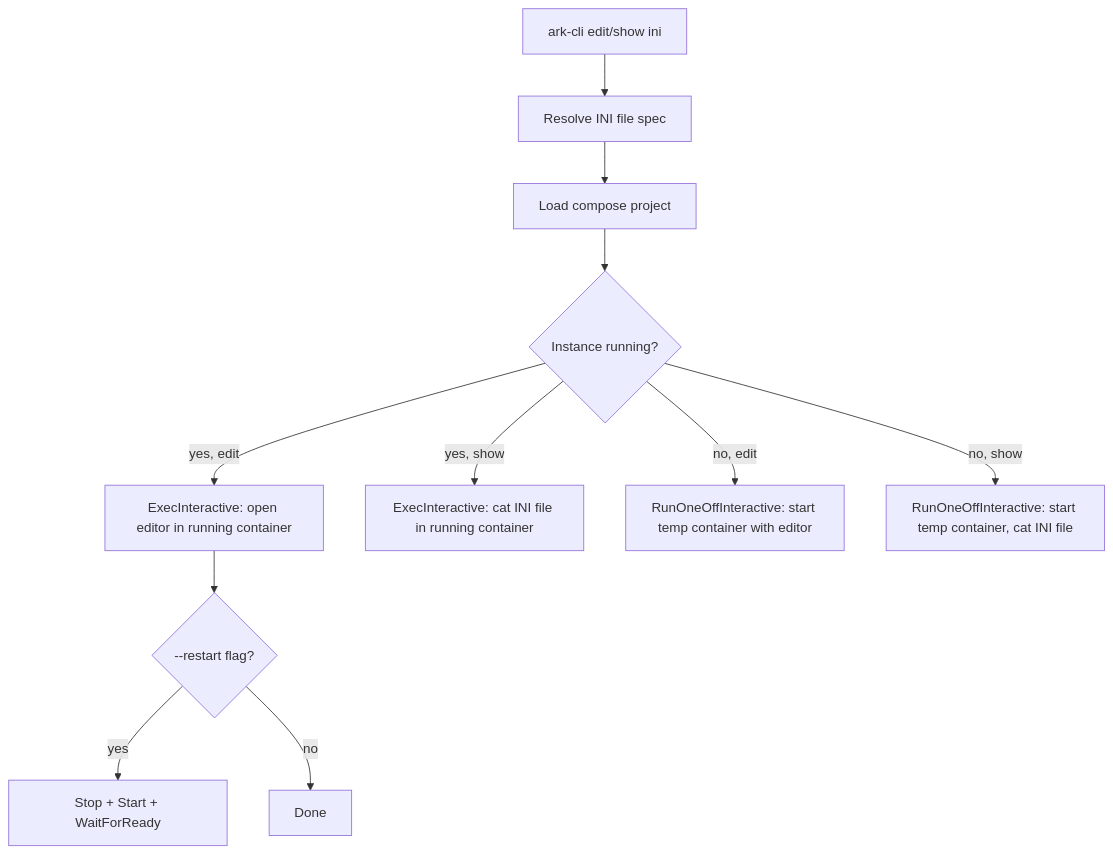
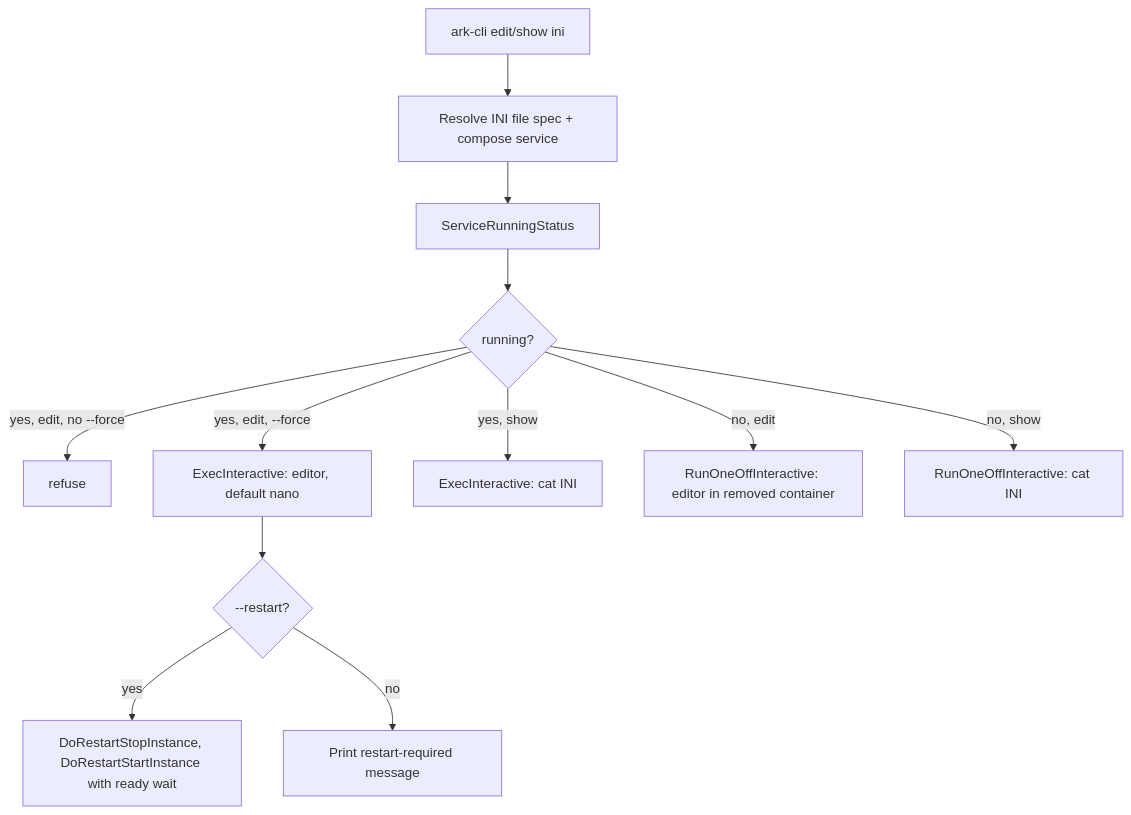
Before and after one commit to bryanwieg/arkascended-server: diagram 11 of 12 in docs/dev/reference/runtime-call-graph.md, drawn with Mermaid. The commit also changed other lines of this file and 38 other files, not shown here.

````diff
--- a/docs/dev/reference/runtime-call-graph.md
+++ b/docs/dev/reference/runtime-call-graph.md
@@ -285,15 +300,16 @@
 ```mermaid
 flowchart TD
-    A[ark-cli edit/show ini] --> B[Resolve INI file spec]
-    B --> C[Load compose project]
-    C --> D{Instance running?}
+    A[ark-cli edit/show ini] --> B[Resolve INI file spec + compose service]
+    B --> C[ServiceRunningStatus]
+    C --> D{running?}
 
-    D -- yes, edit --> E[ExecInteractive: open editor in running container]
-    D -- yes, show --> F[ExecInteractive: cat INI file in running container]
-    D -- no, edit --> G[RunOneOffInteractive: start temp container with editor]
-    D -- no, show --> H[RunOneOffInteractive: start temp container, cat INI file]
+    D -->|"yes, edit, no --force"| X[refuse]
+    D -->|"yes, edit, --force"| E[ExecInteractive: editor, default nano]
+    D -->|"yes, show"| F[ExecInteractive: cat INI]
+    D -->|"no, edit"| G[RunOneOffInteractive: editor in removed container]
+    D -->|"no, show"| H[RunOneOffInteractive: cat INI]
 
-    E --> I{--restart flag?}
-    I -- yes --> J[Stop + Start + WaitForReady]
-    I -- no --> K[Done]
+    E --> I{--restart?}
+    I -->|"yes"| J[DoRestartStopInstance, DoRestartStartInstance with ready wait]
+    I -->|"no"| K[Print restart-required message]
 ```
````
